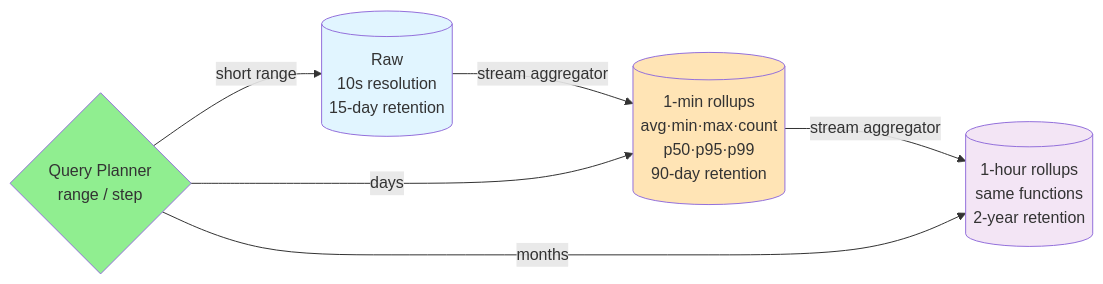
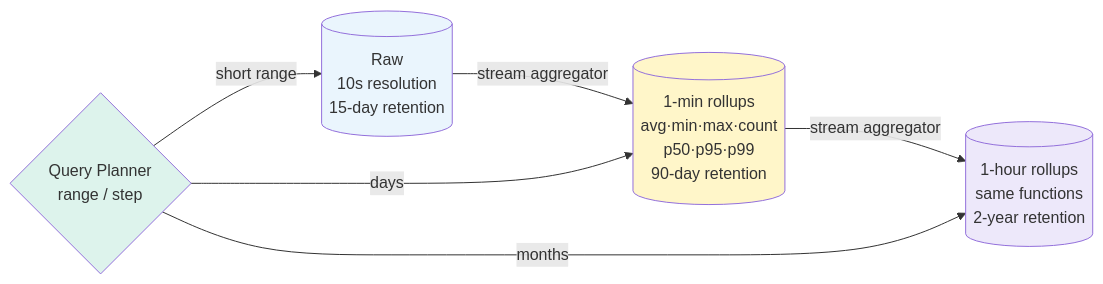
Before and after one commit to cartmancodes/InterviewVault: the third of 6 diagrams in LLD/questions/Design Metrics Monitoring.md, drawn with Mermaid. The commit also changed other lines of this file and 679 other files, not shown here.

Commit message:
Unify content diagrams and add accessible visual walkthroughs

````diff
--- a/LLD/questions/Design Metrics Monitoring.md
+++ b/LLD/questions/Design Metrics Monitoring.md
@@ -240,19 +240,19 @@
 ```mermaid
 graph LR
     RAW[(Raw<br/>10s resolution<br/>15-day retention)]
     M1[(1-min rollups<br/>avg·min·max·count<br/>p50·p95·p99<br/>90-day retention)]
     H1[(1-hour rollups<br/>same functions<br/>2-year retention)]
 
     RAW -->|stream aggregator| M1
     M1 -->|stream aggregator| H1
 
     QP{Query Planner<br/>range / step}
     QP -->|short range| RAW
     QP -->|days| M1
     QP -->|months| H1
 
-    style RAW fill:#e1f5ff
-    style M1 fill:#FFE4B5
-    style H1 fill:#f3e5f5
-    style QP fill:#90EE90
+    style RAW fill:#EAF5FD
+    style M1 fill:#FFF6C9
+    style H1 fill:#EDE8FA
+    style QP fill:#DDF3EC
 ```
````
